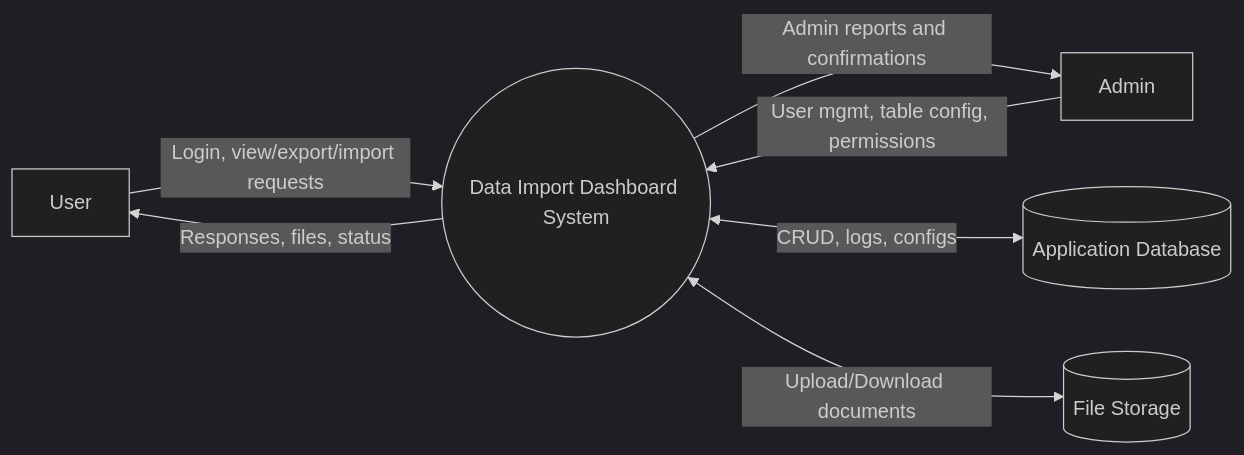
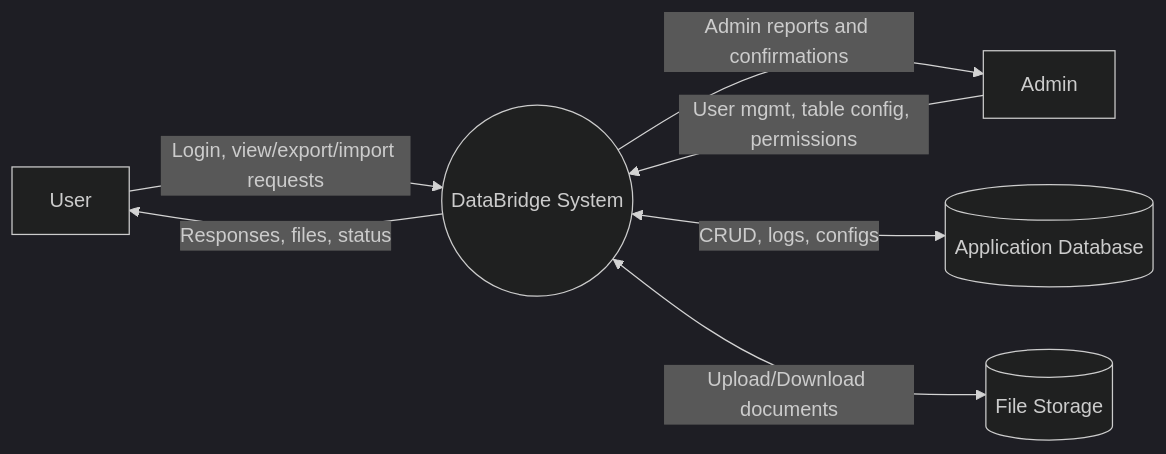
Before and after one commit to TheophilusAE/DatabaseHub: the fifth of 8 diagrams in REPORT_CHARTS_MERMAID.md, drawn with Mermaid (dark theme). The commit also changed other lines of this file and 34 other files, not shown here.

````diff
--- a/REPORT_CHARTS_MERMAID.md
+++ b/REPORT_CHARTS_MERMAID.md
@@ -207,15 +207,15 @@
 ```mermaid
 flowchart LR
     U[User]
     A[Admin]
-    S((Data Import Dashboard System))
+    S((DataBridge System))
     DB[(Application Database)]
     FS[(File Storage)]
 
     U -->|Login, view/export/import requests| S
     A -->|User mgmt, table config, permissions| S
     S -->|Responses, files, status| U
     S -->|Admin reports and confirmations| A
     S <--> |CRUD, logs, configs| DB
     S <--> |Upload/Download documents| FS
 ```
````
